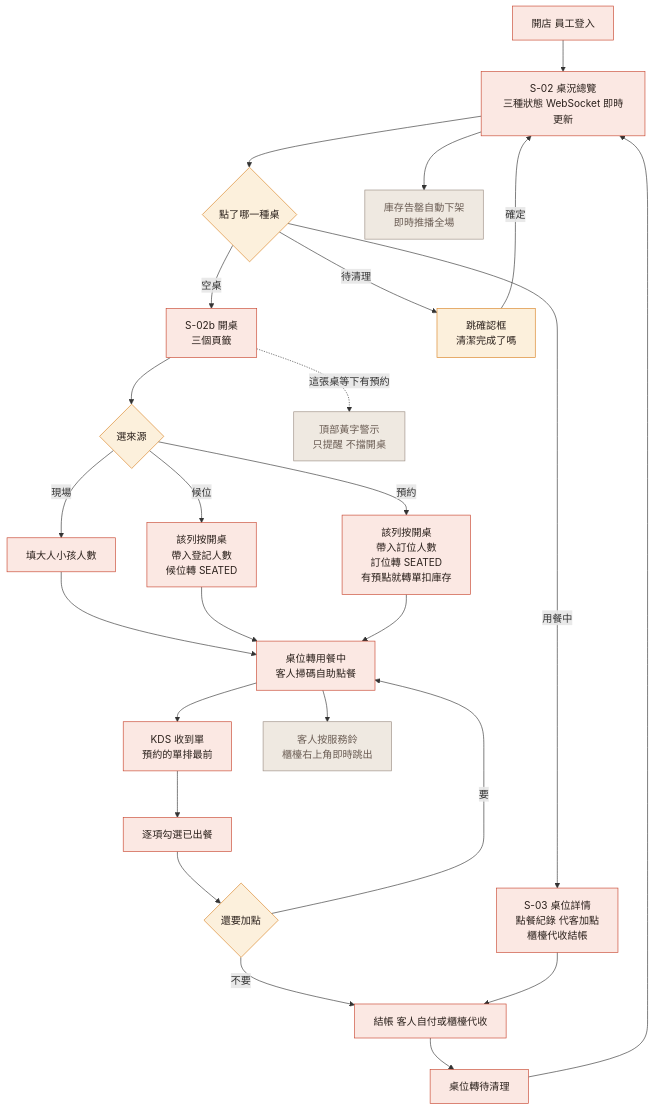
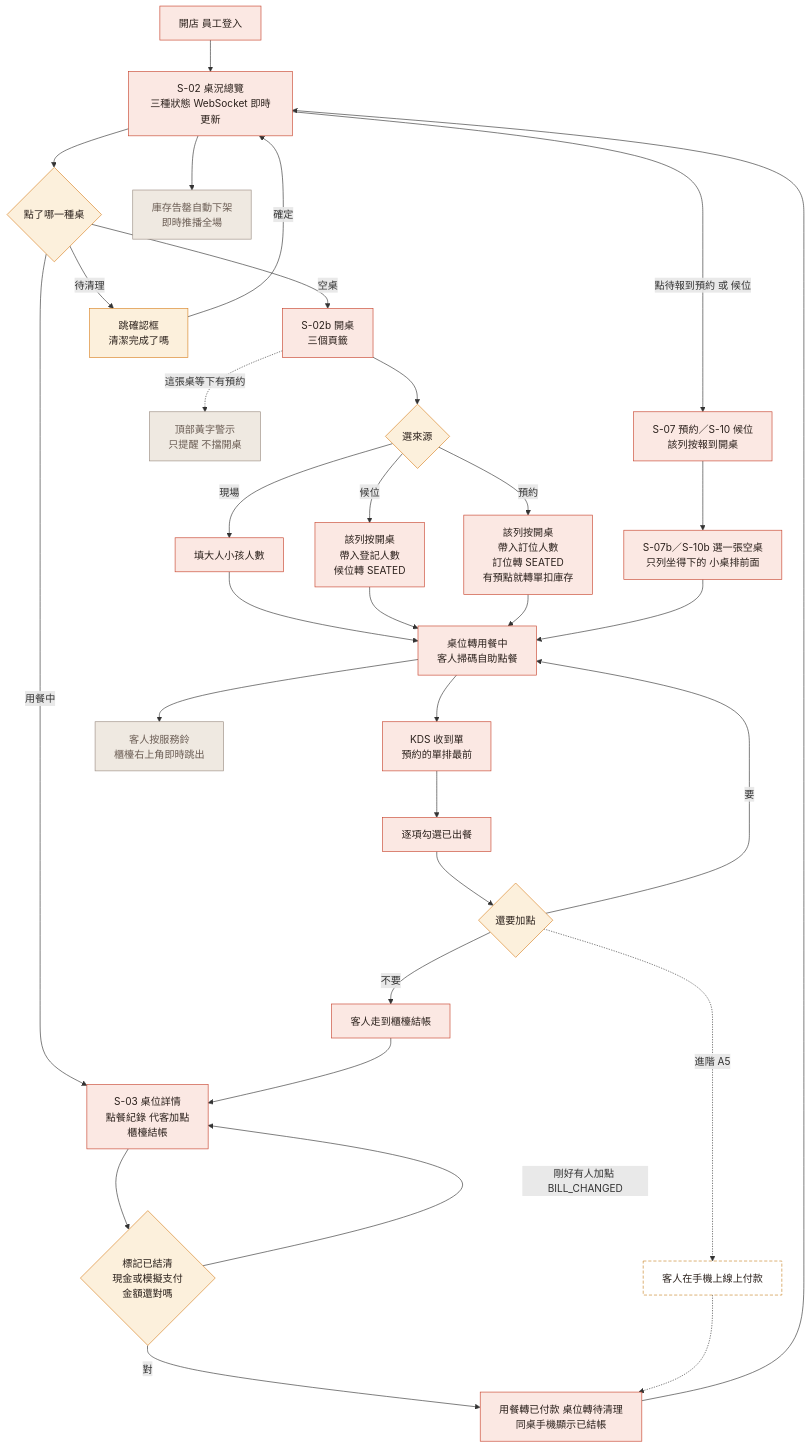
The second of 3 diagrams in docs/ui/10-UI-UX規格.md (harry-wann/smart-order), drawn with Mermaid before and after one commit. The commit also changed other lines of this file and 91 other files, not shown here.

````diff
--- a/docs/ui/10-UI-UX規格.md
+++ b/docs/ui/10-UI-UX規格.md
@@ -617,37 +810,47 @@
 ```mermaid
 flowchart TD
     A["開店 員工登入"] --> C["S-02 桌況總覽<br/>三種狀態 WebSocket 即時更新"]
     C --> T{"點了哪一種桌"}
 
     T -->|空桌| O["S-02b 開桌<br/>三個頁籤"]
     O --> O1{"選來源"}
     O1 -->|現場| E["填大人小孩人數"]
     O1 -->|候位| W["該列按開桌<br/>帶入登記人數<br/>候位轉 SEATED"]
     O1 -->|預約| F["該列按開桌<br/>帶入訂位人數<br/>訂位轉 SEATED<br/>有預點就轉單扣庫存"]
     O -.->|這張桌等下有預約| WARN["頂部黃字警示<br/>只提醒 不擋開桌"]
     E --> G["桌位轉用餐中<br/>客人掃碼自助點餐"]
     W --> G
     F --> G
 
-    T -->|用餐中| S3["S-03 桌位詳情<br/>點餐紀錄 代客加點<br/>櫃檯代收結帳"]
+    C -->|點待報到預約 或 候位| P7["S-07 預約／S-10 候位<br/>該列按報到開桌"]
+    P7 --> P7B["S-07b／S-10b 選一張空桌<br/>只列坐得下的 小桌排前面"]
+    P7B --> G
+
+    T -->|用餐中| S3["S-03 桌位詳情<br/>點餐紀錄 代客加點<br/>櫃檯結帳"]
     T -->|待清理| CL["跳確認框<br/>清潔完成了嗎"]
     CL -->|確定| C
 
     G --> H["KDS 收到單<br/>預約的單排最前"]
     H --> I["逐項勾選已出餐"]
     I --> J{"還要加點"}
     J -->|要| G
-    J -->|不要| K["結帳 客人自付或櫃檯代收"]
-    S3 --> K
-    K --> L["桌位轉待清理"]
+    J -->|不要| K["客人走到櫃檯結帳"]
+    K --> S3
+    S3 --> K1{"標記已結清<br/>現金或模擬支付<br/>金額還對嗎"}
+    K1 -->|剛好有人加點 BILL_CHANGED| S3
+    K1 -->|對| L["用餐轉已付款 桌位轉待清理<br/>同桌手機顯示已結帳"]
     L --> C
+    J -.->|進階 A5| PAY["客人在手機上線上付款"]
+    PAY -.-> L
     C --> N["庫存告罄自動下架<br/>即時推播全場"]
     G --> SV["客人按服務鈴<br/>櫃檯右上角即時跳出"]
 
     classDef ok fill:#FBE8E3,stroke:#C8442E,color:#2B211C
     classDef warn fill:#FCF0DC,stroke:#D98324,color:#2B211C
     classDef quiet fill:#EFE9E1,stroke:#9C8E84,color:#6B5D54
-    class A,C,O,E,W,F,G,H,I,K,L,S3 ok
-    class T,O1,J,CL warn
+    classDef adv fill:#FFFFFF,stroke:#C9862A,stroke-dasharray:5 3,color:#2B211C
+    class A,C,O,E,W,F,G,H,I,K,L,S3,P7,P7B ok
+    class T,O1,J,CL,K1 warn
     class WARN,N,SV quiet
+    class PAY adv
 ```
````
